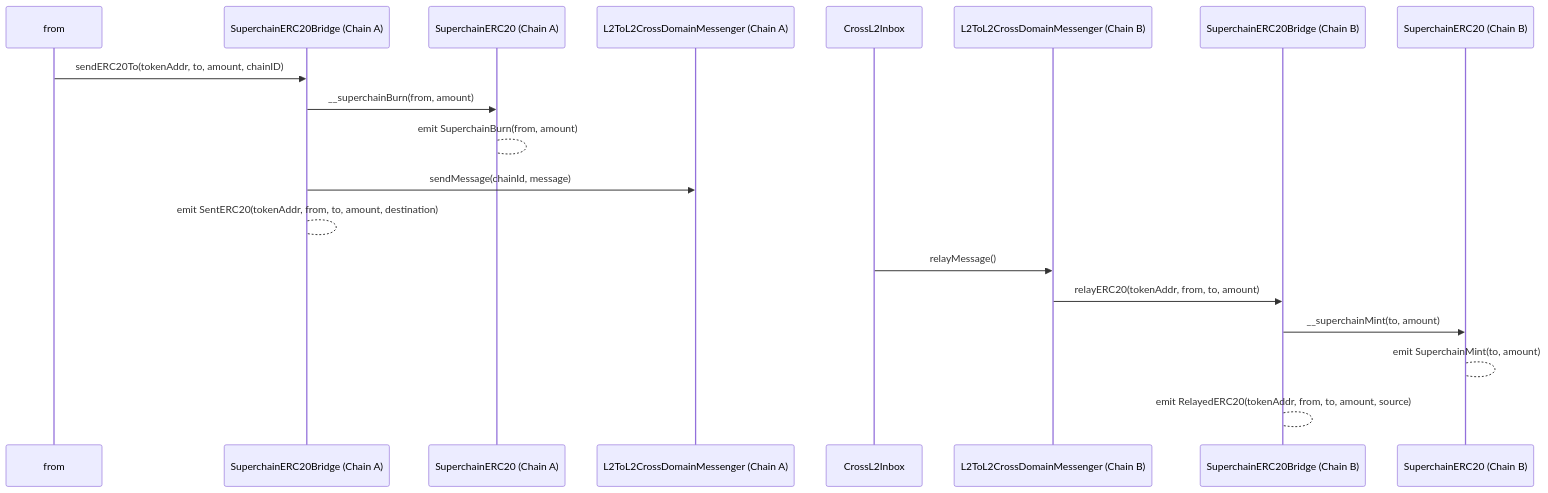
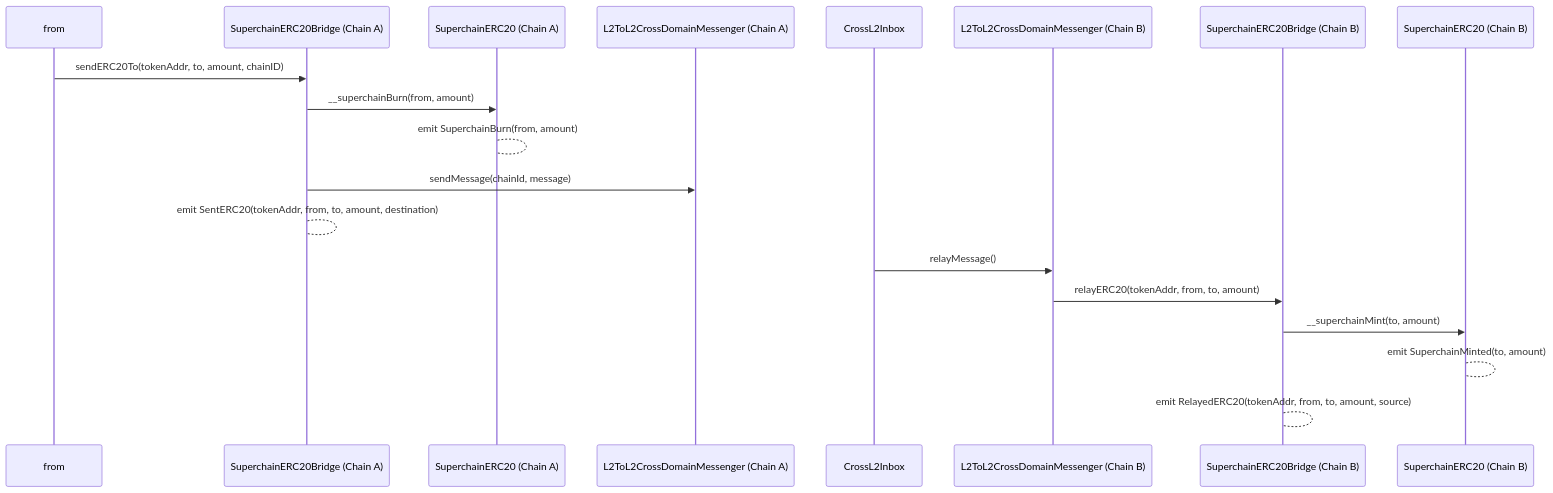
Before and after one commit to ethereum-optimism/specs: the third of 3 diagrams in specs/interop/predeploys.md, drawn with Mermaid. The commit also changed 1 other file, not shown here.

Commit message:
feat: events are now in past tense. SuperchainERC20 functions are external instead of public.

````diff
--- a/specs/interop/predeploys.md
+++ b/specs/interop/predeploys.md
@@ -906,22 +906,22 @@
 ```mermaid
 sequenceDiagram
   participant from
   participant L2SBA as SuperchainERC20Bridge (Chain A)
   participant SuperERC20_A as SuperchainERC20 (Chain A)
   participant Messenger_A as L2ToL2CrossDomainMessenger (Chain A)
   participant Inbox as CrossL2Inbox
   participant Messenger_B as L2ToL2CrossDomainMessenger (Chain B)
   participant L2SBB as SuperchainERC20Bridge (Chain B)
   participant SuperERC20_B as SuperchainERC20 (Chain B)
 
   from->>L2SBA: sendERC20To(tokenAddr, to, amount, chainID)
   L2SBA->>SuperERC20_A: __superchainBurn(from, amount)
   SuperERC20_A-->SuperERC20_A: emit SuperchainBurn(from, amount)
   L2SBA->>Messenger_A: sendMessage(chainId, message)
   L2SBA-->L2SBA: emit SentERC20(tokenAddr, from, to, amount, destination)
   Inbox->>Messenger_B: relayMessage()
   Messenger_B->>L2SBB: relayERC20(tokenAddr, from, to, amount)
   L2SBB->>SuperERC20_B: __superchainMint(to, amount)
-  SuperERC20_B-->SuperERC20_B: emit SuperchainMint(to, amount)
+  SuperERC20_B-->SuperERC20_B: emit SuperchainMinted(to, amount)
   L2SBB-->L2SBB: emit RelayedERC20(tokenAddr, from, to, amount, source)
 ```
````
